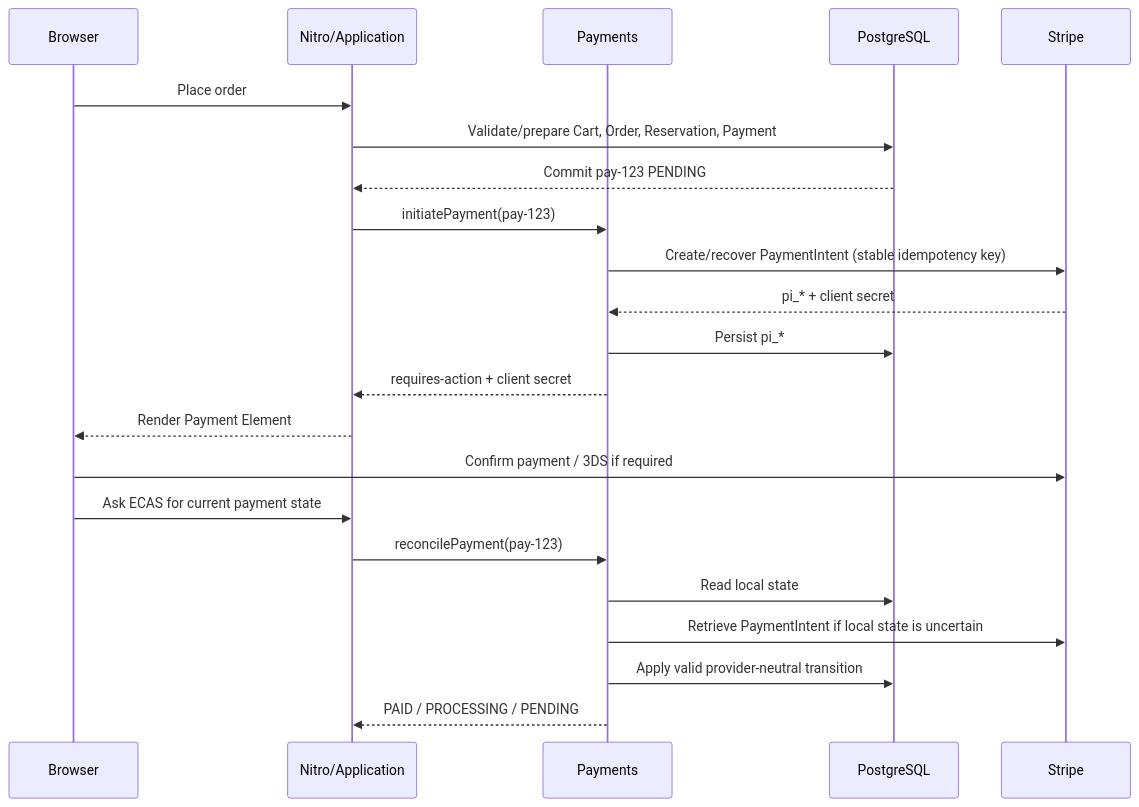
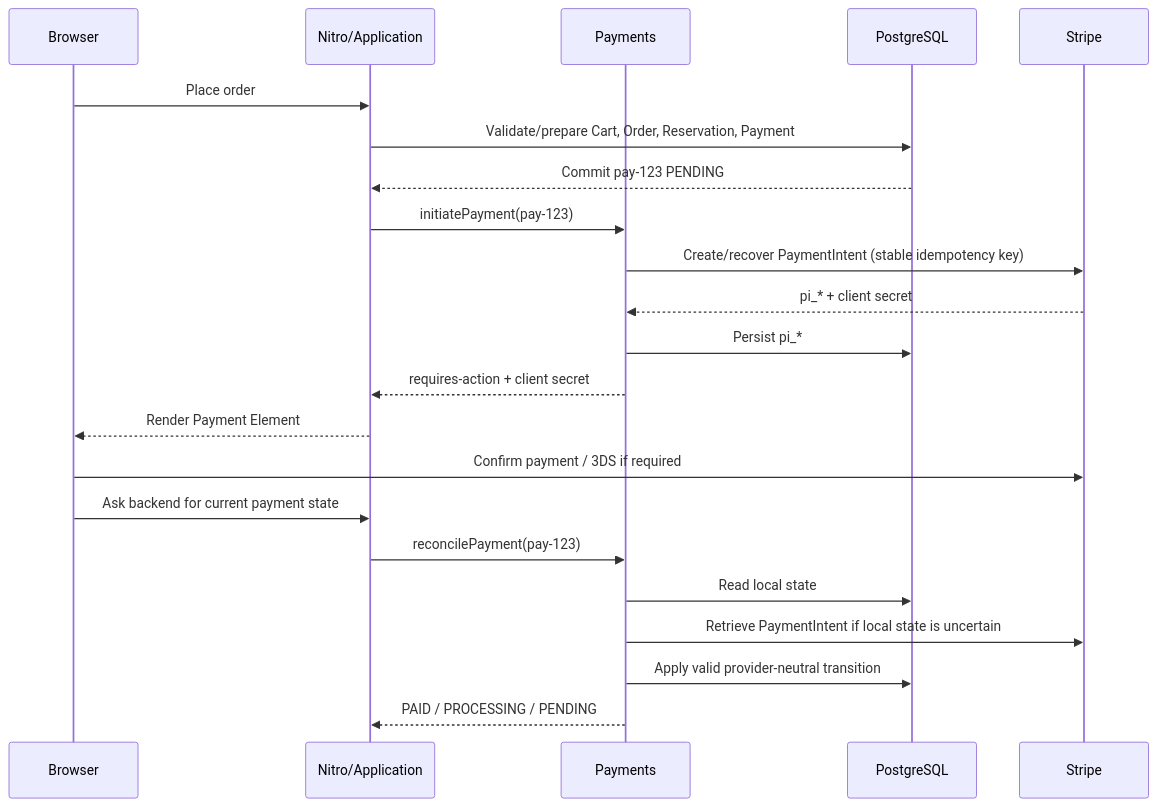
One commit to caraseli02/agent-Commerce changed the first of 2 diagrams in docs/system-design/08-stripe-payment-provider-and-recovery.md. Above: the diagram before and after it, drawn with Mermaid. The commit also changed other lines of this file and 14 other files, not shown here.

````diff
--- a/docs/system-design/08-stripe-payment-provider-and-recovery.md
+++ b/docs/system-design/08-stripe-payment-provider-and-recovery.md
@@ -537,25 +537,25 @@
 ```mermaid
 sequenceDiagram
     participant B as Browser
     participant A as Nitro/Application
     participant P as Payments
     participant DB as PostgreSQL
     participant S as Stripe
 
     B->>A: Place order
     A->>DB: Validate/prepare Cart, Order, Reservation, Payment
     DB-->>A: Commit pay-123 PENDING
     A->>P: initiatePayment(pay-123)
     P->>S: Create/recover PaymentIntent (stable idempotency key)
     S-->>P: pi_* + client secret
     P->>DB: Persist pi_*
     P-->>A: requires-action + client secret
     A-->>B: Render Payment Element
     B->>S: Confirm payment / 3DS if required
-    B->>A: Ask ECAS for current payment state
+    B->>A: Ask backend for current payment state
     A->>P: reconcilePayment(pay-123)
     P->>DB: Read local state
     P->>S: Retrieve PaymentIntent if local state is uncertain
     P->>DB: Apply valid provider-neutral transition
     P-->>A: PAID / PROCESSING / PENDING
 ```
````
